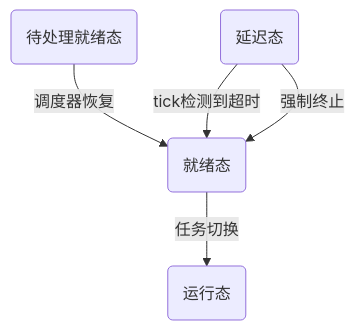
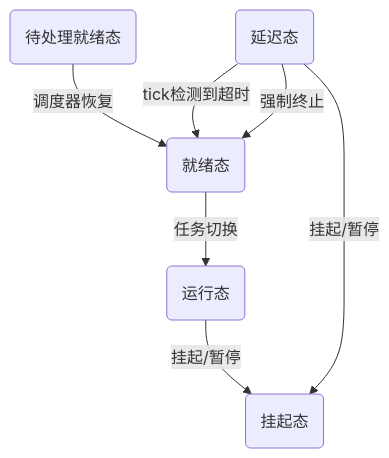
One commit to akai100/job_seek changed the first of 2 diagrams in 操作系统/FreeRtos/task.md. Above: the diagram before and after it, drawn with Mermaid. The commit also changed other lines of this file, not shown here.

````diff
--- a/操作系统/FreeRtos/task.md
+++ b/操作系统/FreeRtos/task.md
@@ -20,7 +20,9 @@
 ```mermaid
 graph TD
   A(就绪态) -->|任务切换| B(运行态)
   C(待处理就绪态) -->|调度器恢复| A(就绪态)
   D(延迟态)  -->|tick检测到超时| A(就绪态)
   D(延迟态) -->|强制终止| A(就绪态)
+  D(延迟态) -->|挂起/暂停| E(挂起态)
+  B(运行态) -->|挂起/暂停| E(挂起态)
 ```
````
